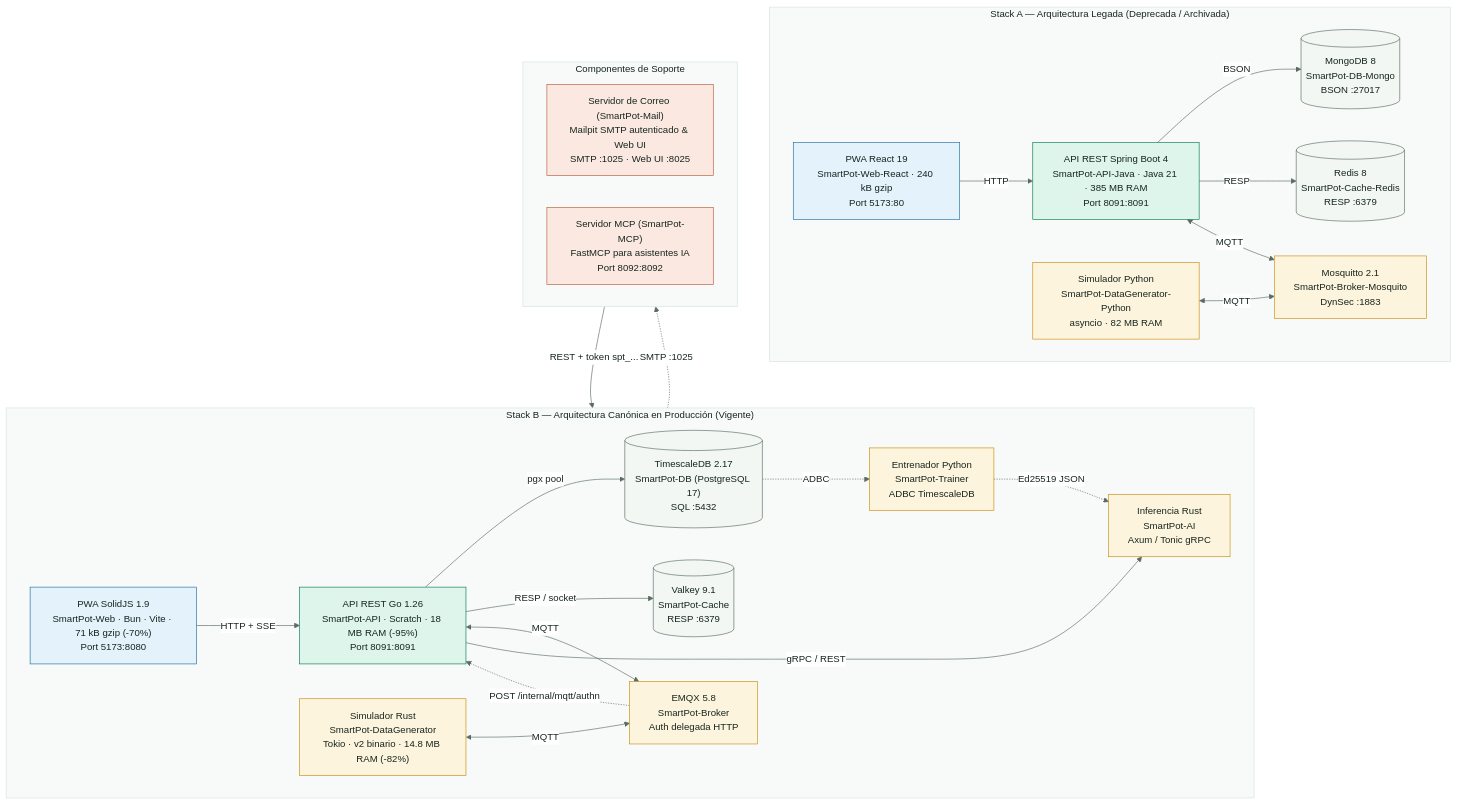
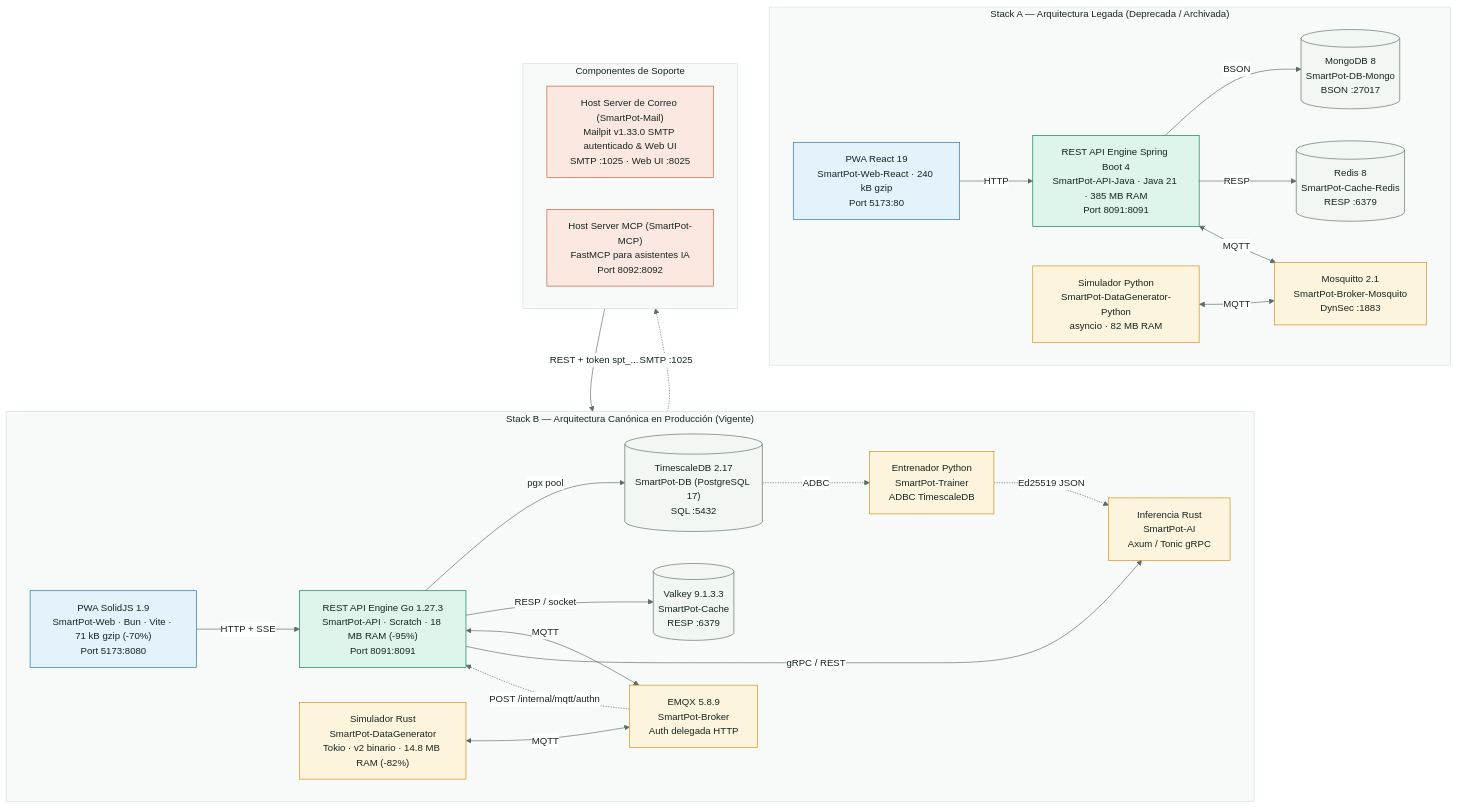
The diagram in docs/diagrams/SmartPot_46_AB_Architecture_Comparison.mmd (SmartPotTech/.github), drawn with Mermaid before and after one commit. The commit also changed 186 other files, not shown here.

Commit message:
docs(specs): synchronize 100% english organization documentation, diagrams, and formal deliverables

```diff
--- a/docs/diagrams/SmartPot_46_AB_Architecture_Comparison.mmd
+++ b/docs/diagrams/SmartPot_46_AB_Architecture_Comparison.mmd
@@ -1,60 +1,60 @@
 %%{init: {"theme": "base", "fontFamily": "Segoe UI, Arial, sans-serif", "themeVariables": {"fontFamily": "Segoe UI, Arial, sans-serif", "fontSize": "15px", "primaryColor": "#DDF5EA", "primaryTextColor": "#17261F", "primaryBorderColor": "#067A52", "secondaryColor": "#E3F2FB", "secondaryTextColor": "#17261F", "secondaryBorderColor": "#1F6FA0", "tertiaryColor": "#F2F7F4", "tertiaryTextColor": "#17261F", "tertiaryBorderColor": "#D5E3DC", "lineColor": "#5B6B63", "textColor": "#17261F", "mainBkg": "#DDF5EA", "nodeBorder": "#067A52", "clusterBkg": "#F7FAF8", "clusterBorder": "#D5E3DC", "edgeLabelBackground": "#FFFFFF", "actorBkg": "#067A52", "actorBorder": "#0B3D2B", "actorTextColor": "#FFFFFF", "actorLineColor": "#5B6B63", "signalColor": "#17261F", "signalTextColor": "#17261F", "labelBoxBkgColor": "#0B3D2B", "labelBoxBorderColor": "#0B3D2B", "labelTextColor": "#FFFFFF", "loopTextColor": "#0B3D2B", "noteBkgColor": "#FDF4DD", "noteBorderColor": "#C98D12", "noteTextColor": "#17261F", "activationBkgColor": "#DDF5EA", "activationBorderColor": "#067A52", "attributeBackgroundColorOdd": "#FFFFFF", "attributeBackgroundColorEven": "#F2F7F4"}}}%%
 flowchart TB
   subgraph STACK_A["Stack A — Arquitectura Legada (Deprecada / Archivada)"]
     direction LR
     A_WEB["PWA React 19<br/>SmartPot-Web-React · 240 kB gzip<br/>Port 5173:80"]
-    A_API["API REST Spring Boot 4<br/>SmartPot-API-Java · Java 21 · 385 MB RAM<br/>Port 8091:8091"]
+    A_API["REST API Engine Spring Boot 4<br/>SmartPot-API-Java · Java 21 · 385 MB RAM<br/>Port 8091:8091"]
     A_DB[("MongoDB 8<br/>SmartPot-DB-Mongo<br/>BSON :27017")]
     A_CACHE[("Redis 8<br/>SmartPot-Cache-Redis<br/>RESP :6379")]
     A_BROKER["Mosquitto 2.1<br/>SmartPot-Broker-Mosquito<br/>DynSec :1883"]
     A_SIM["Simulador Python<br/>SmartPot-DataGenerator-Python<br/>asyncio · 82 MB RAM"]
 
     A_WEB -->|HTTP| A_API
     A_API -->|BSON| A_DB
     A_API -->|RESP| A_CACHE
     A_API <-->|MQTT| A_BROKER
     A_SIM <-->|MQTT| A_BROKER
   end
 
   subgraph STACK_B["Stack B — Arquitectura Canónica en Producción (Vigente)"]
     direction LR
     B_WEB["PWA SolidJS 1.9<br/>SmartPot-Web · Bun · Vite · 71 kB gzip (-70%)<br/>Port 5173:8080"]
-    B_API["API REST Go 1.26<br/>SmartPot-API · Scratch · 18 MB RAM (-95%)<br/>Port 8091:8091"]
+    B_API["REST API Engine Go 1.27.3<br/>SmartPot-API · Scratch · 18 MB RAM (-95%)<br/>Port 8091:8091"]
     B_DB[("TimescaleDB 2.17<br/>SmartPot-DB (PostgreSQL 17)<br/>SQL :5432")]
-    B_CACHE[("Valkey 9.1<br/>SmartPot-Cache<br/>RESP :6379")]
-    B_BROKER["EMQX 5.8<br/>SmartPot-Broker<br/>Auth delegada HTTP"]
+    B_CACHE[("Valkey 9.1.3.3<br/>SmartPot-Cache<br/>RESP :6379")]
+    B_BROKER["EMQX 5.8.9<br/>SmartPot-Broker<br/>Auth delegada HTTP"]
     B_SIM["Simulador Rust<br/>SmartPot-DataGenerator<br/>Tokio · v2 binario · 14.8 MB RAM (-82%)"]
     B_AI["Inferencia Rust<br/>SmartPot-AI<br/>Axum / Tonic gRPC"]
     B_TRAINER["Entrenador Python<br/>SmartPot-Trainer<br/>ADBC TimescaleDB"]
 
     B_WEB -->|HTTP + SSE| B_API
     B_API -->|pgx pool| B_DB
     B_API -->|RESP / socket| B_CACHE
     B_API <-->|MQTT| B_BROKER
     B_BROKER -.->|POST /internal/mqtt/authn| B_API
     B_SIM <-->|MQTT| B_BROKER
     B_API -->|gRPC / REST| B_AI
     B_DB -.->|ADBC| B_TRAINER
     B_TRAINER -.->|Ed25519 JSON| B_AI
   end
 
   subgraph SHARED["Componentes de Soporte"]
     direction LR
-    S_MAIL["Servidor de Correo (SmartPot-Mail)<br/>Mailpit SMTP autenticado & Web UI<br/>SMTP :1025 · Web UI :8025"]
-    S_MCP["Servidor MCP (SmartPot-MCP)<br/>FastMCP para asistentes IA<br/>Port 8092:8092"]
+    S_MAIL["Host Server de Correo (SmartPot-Mail)<br/>Mailpit v1.33.0 SMTP autenticado & Web UI<br/>SMTP :1025 · Web UI :8025"]
+    S_MCP["Host Server MCP (SmartPot-MCP)<br/>FastMCP para asistentes IA<br/>Port 8092:8092"]
   end
 
   B_API -.->|SMTP :1025| S_MAIL
   S_MCP -->|REST + token spt_...| B_API
 
   classDef core fill:#DDF5EA,stroke:#067A52,color:#17261F
   classDef platform fill:#E3F2FB,stroke:#1F6FA0,color:#17261F
   classDef store fill:#F2F7F4,stroke:#5B6B63,color:#17261F
   classDef device fill:#FDF4DD,stroke:#C98D12,color:#17261F
   classDef shared fill:#FBE9E1,stroke:#B85A38,color:#17261F
 
   class A_API,B_API core
   class A_WEB,B_WEB platform
   class A_DB,B_DB,A_CACHE,B_CACHE store
   class A_BROKER,B_BROKER,A_SIM,B_SIM,B_AI,B_TRAINER device
   class S_MCP,S_MAIL shared
```
